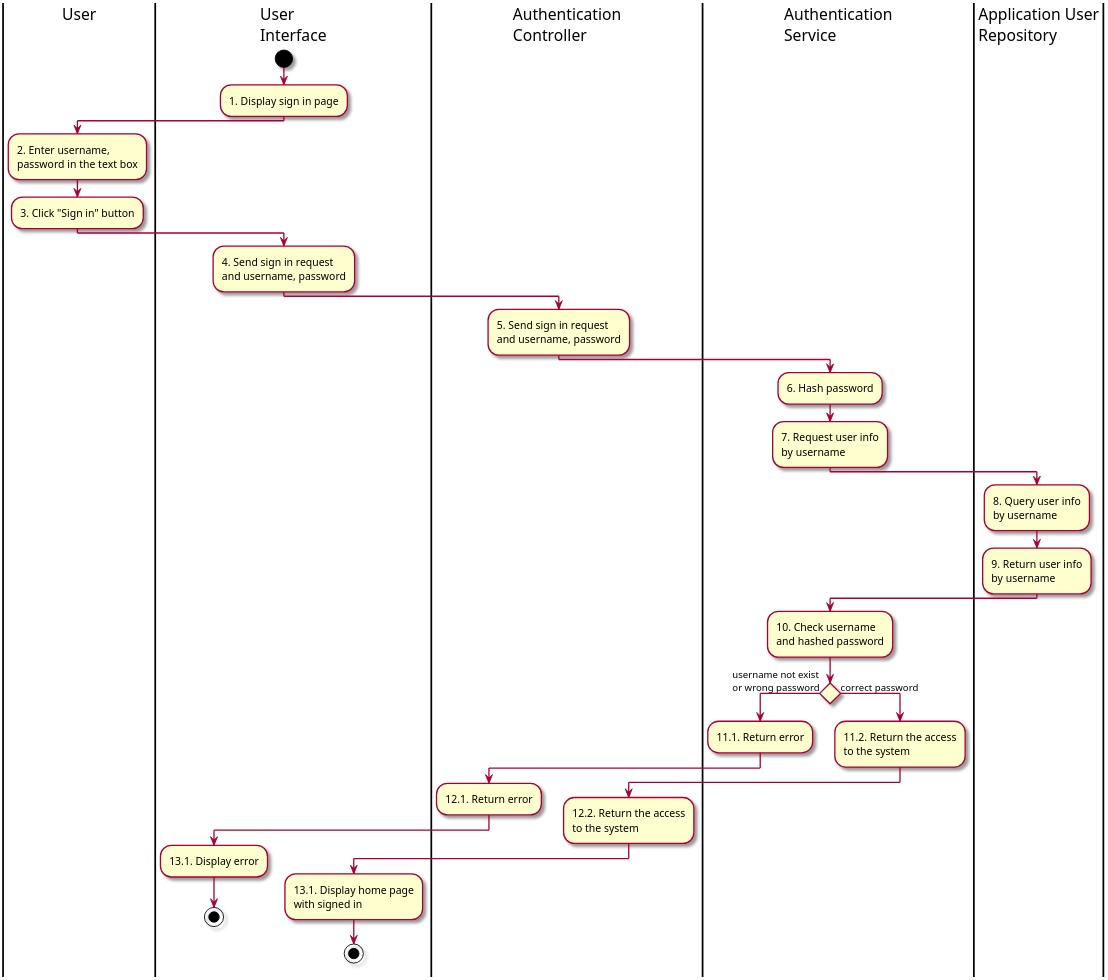
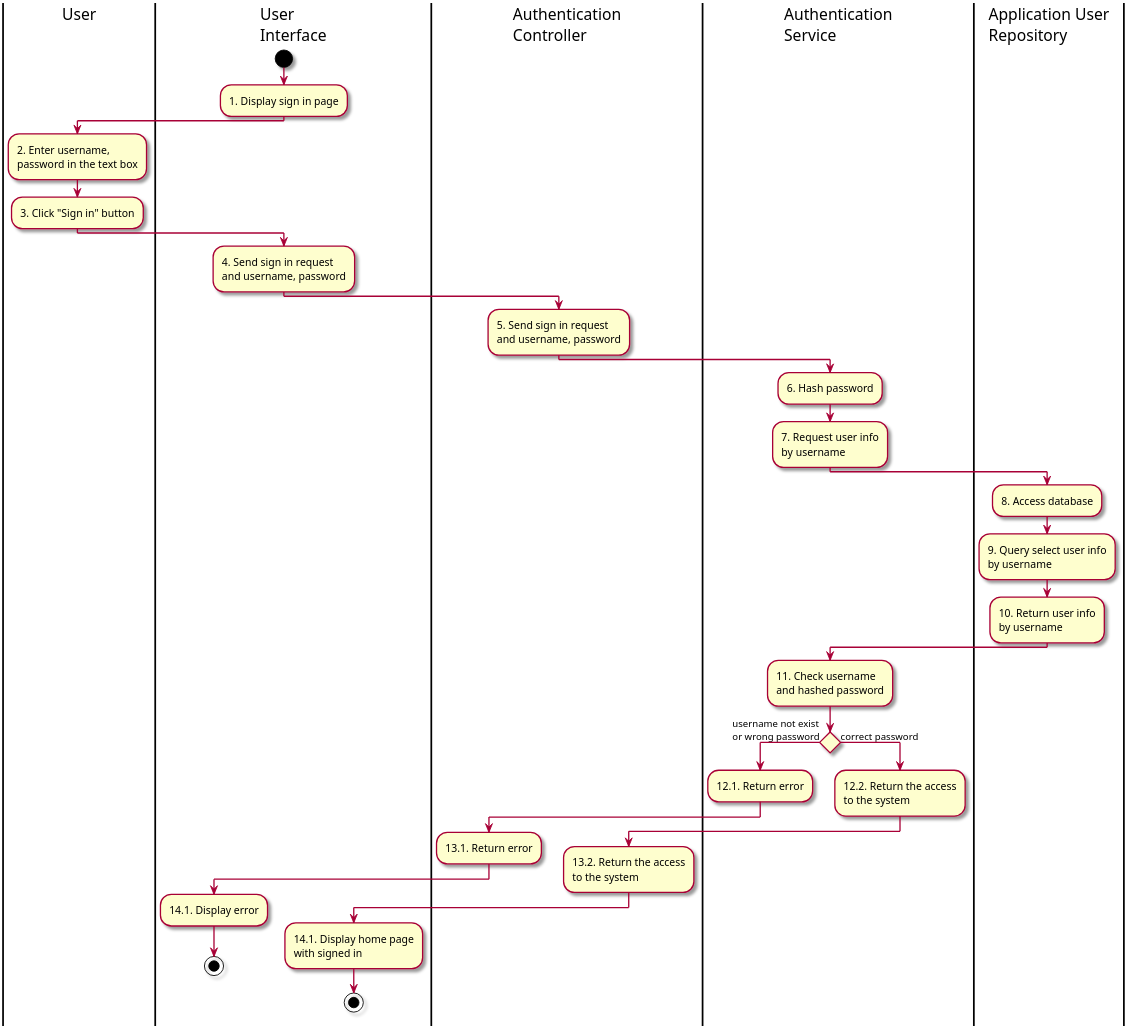
The diagram in Activity/8. ActSignIn.puml (Marowota/ecommerce-plantuml), drawn with PlantUML before and after one commit. The commit also changed 4 other files, not shown here.

```diff
--- a/Activity/8. ActSignIn.puml
+++ b/Activity/8. ActSignIn.puml
@@ -1,44 +1,45 @@
 @startuml ActSignIn
 
 skin rose
 scale 3
 
 |User|
 |User\nInterface|
 |Authentication\nController|
 |Authentication\nService|
 |Application User\nRepository|
 |User\nInterface|
 start
 :1. Display sign in page;
 |User|
 :2. Enter username,\npassword in the text box;
 :3. Click "Sign in" button;
 |User\nInterface|
 :4. Send sign in request\nand username, password;
 |Authentication\nController|
 :5. Send sign in request\nand username, password;
 |Authentication\nService|
 :6. Hash password;
 :7. Request user info\nby username;
 |Application User\nRepository|
-:8. Query user info\nby username;
-:9. Return user info\nby username;
+:8. Access database;
+:9. Query select user info\nby username;
+:10. Return user info\nby username;
 |Authentication\nService|
-:10. Check username\nand hashed password;
+:11. Check username\nand hashed password;
 if () then (username not exist\nor wrong password)
-    :11.1. Return error;
+    :12.1. Return error;
     |Authentication\nController|
-    :12.1. Return error;
+    :13.1. Return error;
     |User\nInterface|
-    :13.1. Display error;
+    :14.1. Display error;
     stop
 else(correct password)
     |Authentication\nService|
-    :11.2. Return the access\nto the system;
+    :12.2. Return the access\nto the system;
     |Authentication\nController|
-    :12.2. Return the access\nto the system;
+    :13.2. Return the access\nto the system;
     |User\nInterface|
-    :13.1. Display home page\nwith signed in;
+    :14.1. Display home page\nwith signed in;
     stop
 @enduml
```
